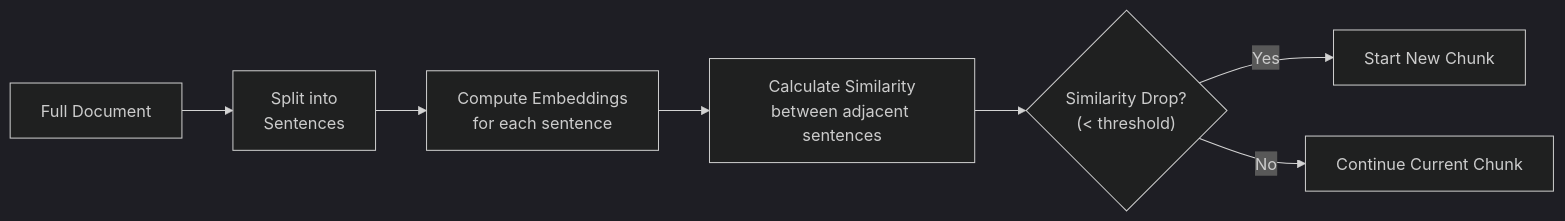
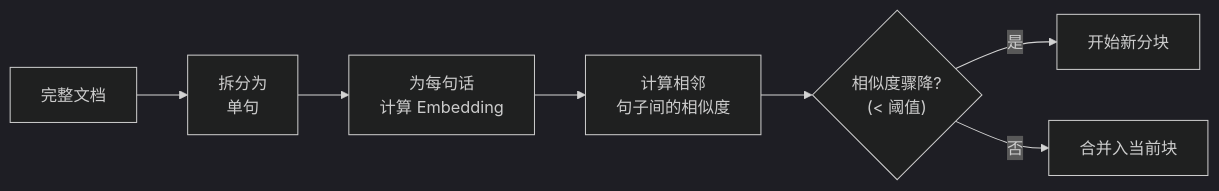
The third of 4 diagrams in i18n/zh-Hans/docusaurus-plugin-content-docs/current/ai/rag/02-data-processing.mdx (YiWang24/AiDIY), drawn with Mermaid (dark theme) before and after one commit. The commit also changed other lines of this file and 59 other files, not shown here.

````diff
--- a/i18n/zh-Hans/docusaurus-plugin-content-docs/current/ai/rag/02-data-processing.mdx
+++ b/i18n/zh-Hans/docusaurus-plugin-content-docs/current/ai/rag/02-data-processing.mdx
@@ -259,9 +257,9 @@
 ```mermaid
 flowchart LR
-    A["Full Document"] --> B["Split into<br/>Sentences"]
-    B --> C["Compute Embeddings<br/>for each sentence"]
-    C --> D["Calculate Similarity<br/>between adjacent sentences"]
-    D --> E{"Similarity Drop?<br/>(< threshold)"}
-    E -->|Yes| F["Start New Chunk"]
-    E -->|No| G["Continue Current Chunk"]
+    A["完整文档"] --> B["拆分为<br/>单句"]
+    B --> C["为每句话<br/>计算 Embedding"]
+    C --> D["计算相邻<br/>句子间的相似度"]
+    D --> E{"相似度骤降?<br/>(< 阈值)"}
+    E -->|是| F["开始新分块"]
+    E -->|否| G["合并入当前块"]
 ```
````
